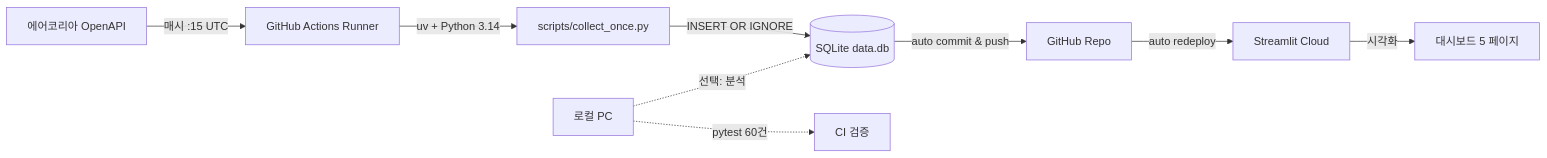
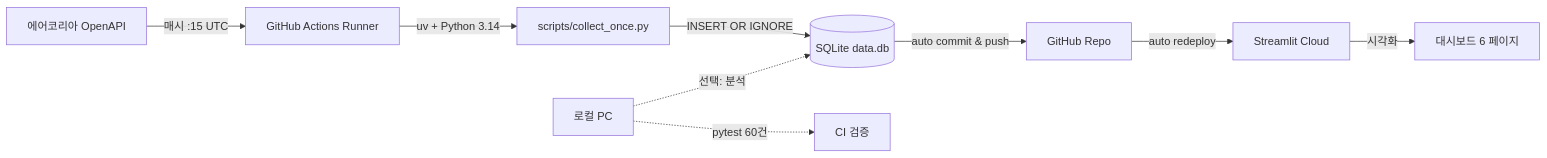
The diagram in README.md (robinho0329/chungbuk-air-quality-monitor), drawn with Mermaid before and after one commit. The commit also changed other lines of this file and 4 other files, not shown here.

First line of the commit message:
feat(spc): CONTROL_CHART — I-Chart/EWMA/CUSUM 관리도 + 대시보드 페이지

````diff
--- a/README.md
+++ b/README.md
@@ -52,12 +52,12 @@
 ```mermaid
 flowchart LR
     A[에어코리아 OpenAPI] -->|매시 :15 UTC| B[GitHub Actions Runner]
     B -->|uv + Python 3.14| C[scripts/collect_once.py]
     C -->|INSERT OR IGNORE| D[(SQLite data.db)]
     D -->|auto commit & push| E[GitHub Repo]
     E -->|auto redeploy| F[Streamlit Cloud]
-    F -->|시각화| G[대시보드 5 페이지]
+    F -->|시각화| G[대시보드 6 페이지]
 
     H[로컬 PC] -.->|선택: 분석| D
     H -.->|pytest 60건| I[CI 검증]
 ```
````
